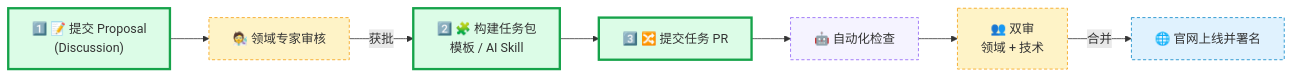
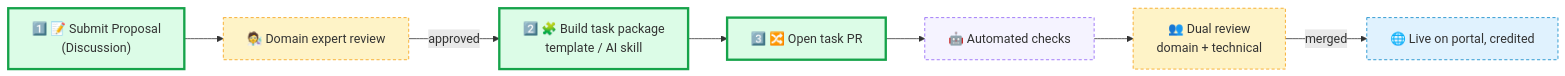
One commit to PrismaX-Team/AgentFrontierExam-Tasks changed the diagram in README.md. Above: the diagram before and after it, drawn with Mermaid. The commit also changed other lines of this file and 4 other files, not shown here.

````diff
--- a/README.md
+++ b/README.md
@@ -47,17 +47,17 @@
 ```mermaid
 flowchart LR
-    A["1️⃣ 📝 提交 Proposal<br/>(Discussion)"] --> B["🧑‍🔬 领域专家审核"]
-    B -->|获批| C["2️⃣ 🧩 构建任务包<br/>模板 / AI Skill"]
-    C --> E["3️⃣ 🔀 提交任务 PR"]
-    E --> F["🤖 自动化检查"]
-    F --> G["👥 双审<br/>领域 + 技术"]
-    G -->|合并| H["🌐 官网上线并署名"]
+    A["1️⃣ 📝 Submit Proposal<br/>(Discussion)"] --> B["🧑‍🔬 Domain expert review"]
+    B -->|approved| C["2️⃣ 🧩 Build task package<br/>template / AI skill"]
+    C --> E["3️⃣ 🔀 Open task PR"]
+    E --> F["🤖 Automated checks"]
+    F --> G["👥 Dual review<br/>domain + technical"]
+    G -->|merged| H["🌐 Live on portal, credited"]
 
     style A fill:#dcfce7,stroke:#16a34a,stroke-width:3px
     style C fill:#dcfce7,stroke:#16a34a,stroke-width:3px
     style E fill:#dcfce7,stroke:#16a34a,stroke-width:3px
     style B fill:#fef3c7,stroke:#f59e0b,stroke-dasharray:4 3
     style F fill:#f5f3ff,stroke:#8b5cf6,stroke-dasharray:4 3
     style G fill:#fef3c7,stroke:#f59e0b,stroke-dasharray:4 3
     style H fill:#e0f2fe,stroke:#0284c7,stroke-dasharray:4 3
 ```
````
